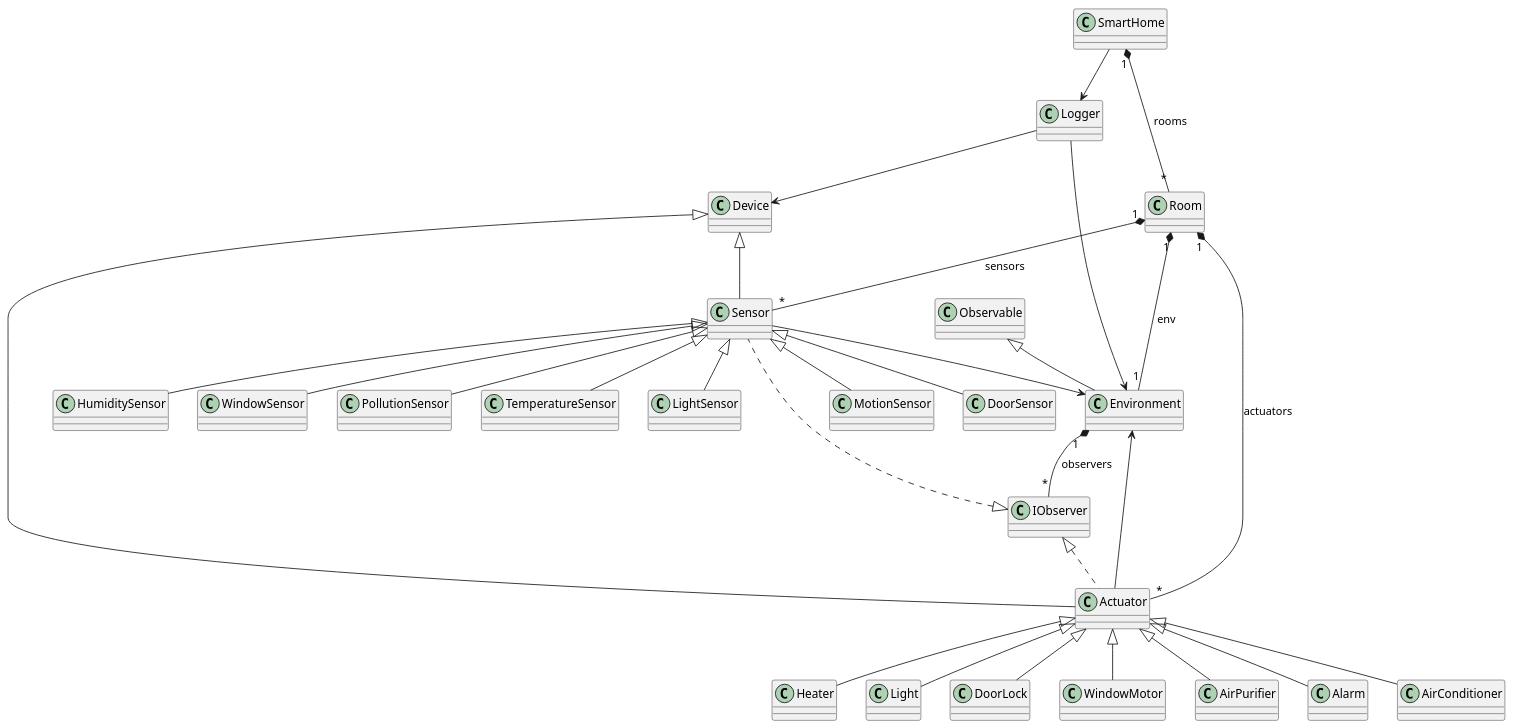
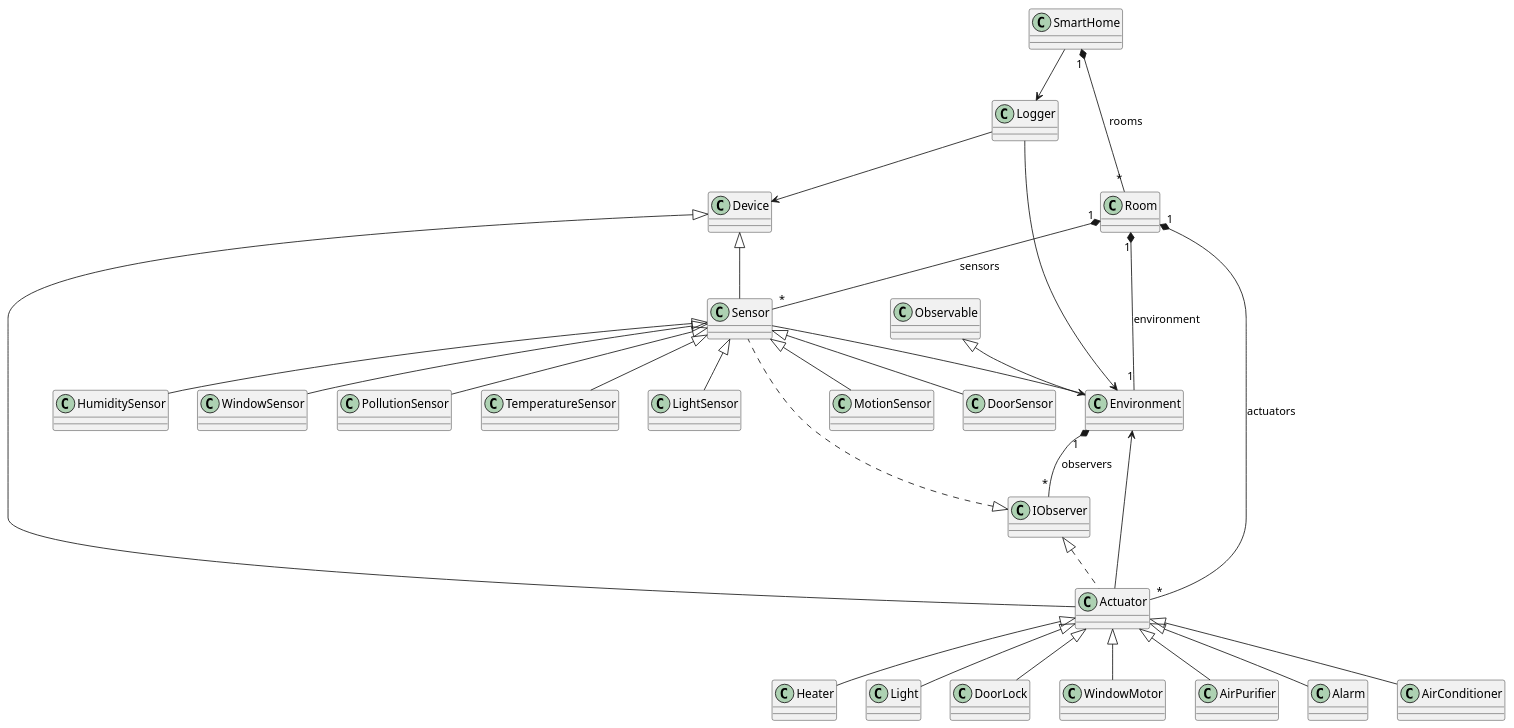
One commit to PawelS12/smart-home-simulator changed the diagram in classes.wsd. Above: the diagram before and after it, drawn with PlantUML. The commit also changed 6 other files, not shown here.

```diff
--- a/classes.wsd
+++ b/classes.wsd
@@ -1,54 +1,54 @@
 @startuml SmartHome
 
 class Device
 class Sensor
 class Actuator
 
 Device <|-- Sensor
 Sensor <|-- TemperatureSensor
 Sensor <|-- LightSensor
 Sensor <|-- MotionSensor
 Sensor <|-- DoorSensor
 Sensor <|-- HumiditySensor
 Sensor <|-- WindowSensor
 Sensor <|-- PollutionSensor
 
 Device <|-- Actuator
 Actuator <|-- Heater
 Actuator <|-- Light
 Actuator <|-- DoorLock
 Actuator <|-- WindowMotor
 Actuator <|-- AirPurifier
 Actuator <|-- Alarm
 Actuator <|-- AirConditioner
 
 Sensor --> Environment
 Actuator --> Environment
 
 class Environment
 class IObserver
 class Observable
 
 IObserver <|.. Sensor
 IObserver <|.. Actuator
 Observable <|-- Environment
 
 Environment "1" *-- "*" IObserver : observers
 
 
 class Room
 Room "1" *-- "*" Sensor : sensors
 Room "1" *-- "*" Actuator : actuators
-Room "1" *-- "1" Environment : env
+Room "1" *-- "1" Environment : environment
 
 
 class Logger
 Logger --> Device
 Logger --> Environment
 
 
 class SmartHome
 SmartHome "1" *-- "*" Room : rooms
 SmartHome --> Logger
 
 @enduml
```
